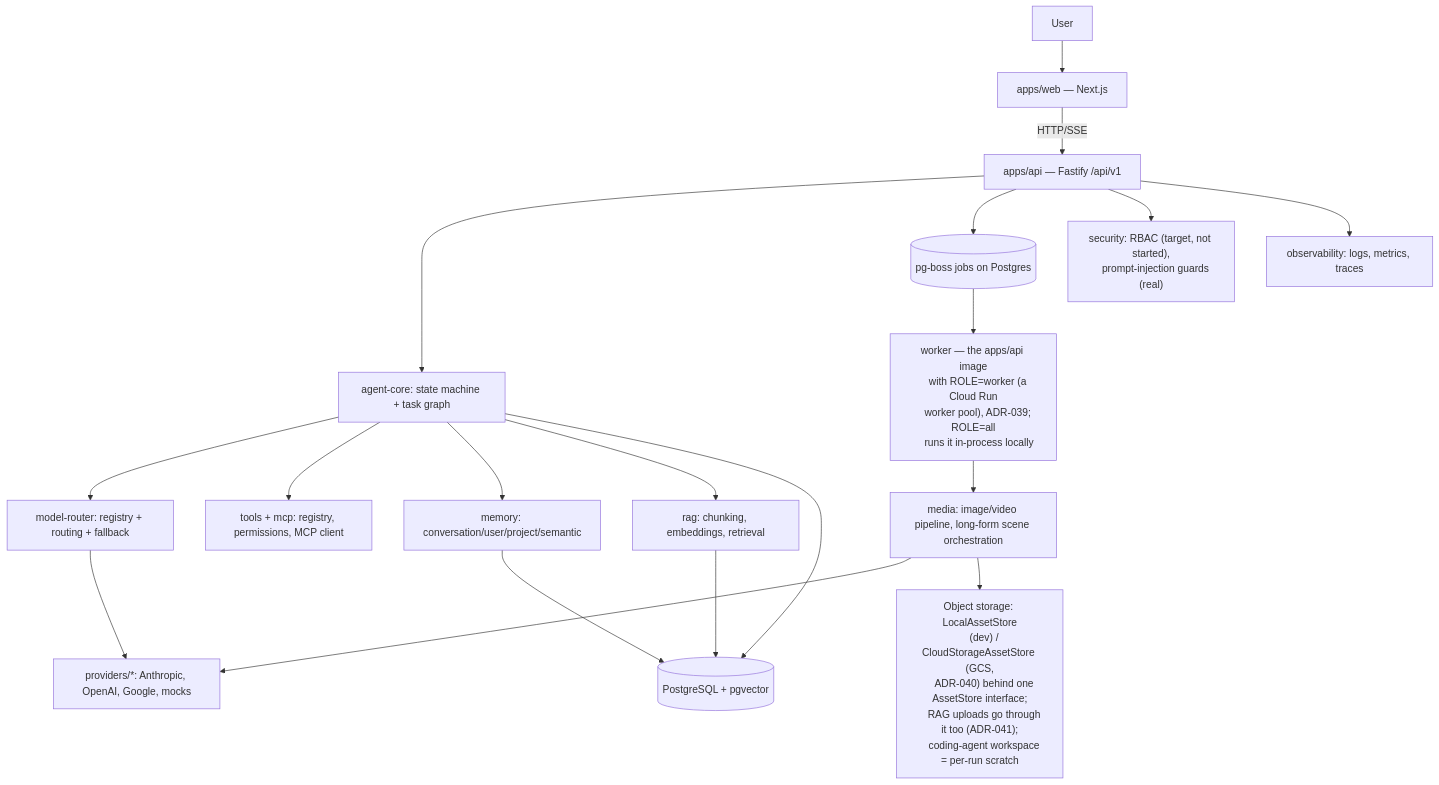
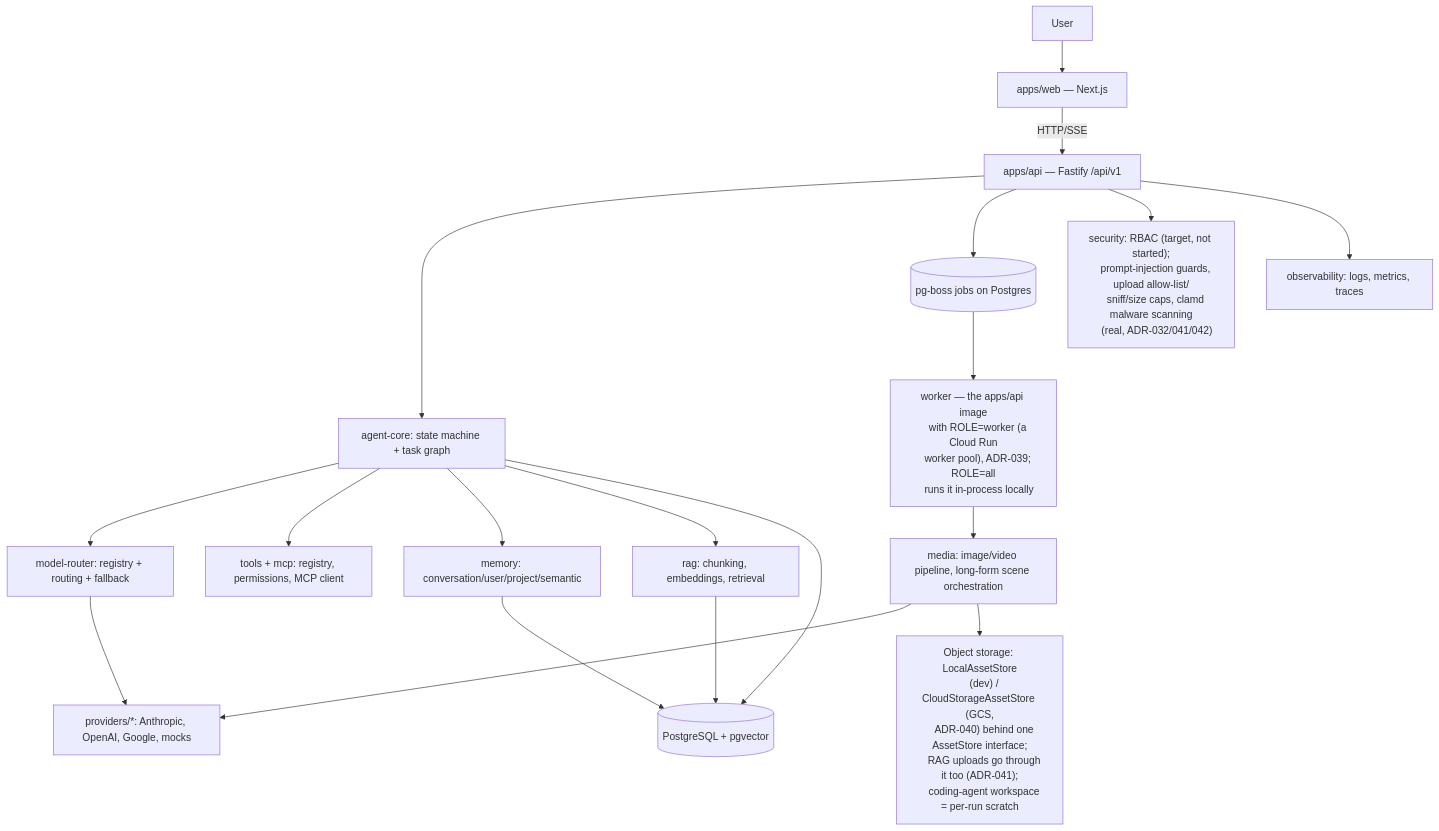
The diagram in docs/30_FINAL_SYSTEM_SPEC.md (zolex12770/Smart-AI-Module), drawn with Mermaid before and after one commit. The commit also changed 46 other files, not shown here.

````diff
--- a/docs/30_FINAL_SYSTEM_SPEC.md
+++ b/docs/30_FINAL_SYSTEM_SPEC.md
@@ -11,29 +11,31 @@
 ```mermaid
 flowchart TD
   user[User] --> web[apps/web — Next.js]
   web -->|HTTP/SSE| api[apps/api — Fastify /api/v1]
   api --> agentcore[agent-core: state machine + task graph]
   agentcore --> router[model-router: registry + routing + fallback]
   router --> providers[providers/*: Anthropic, OpenAI, Google, mocks]
   agentcore --> tools[tools + mcp: registry, permissions, MCP client]
   agentcore --> memory[memory: conversation/user/project/semantic]
   agentcore --> rag[rag: chunking, embeddings, retrieval]
   api --> jobs[(pg-boss jobs on Postgres)]
   jobs --> worker["worker — the apps/api image
     with ROLE=worker (a Cloud Run
     worker pool), ADR-039; ROLE=all
     runs it in-process locally"]
   worker --> media[media: image/video pipeline, long-form scene orchestration]
   media --> providers
   memory --> db[(PostgreSQL + pgvector)]
   rag --> db
   agentcore --> db
   media --> storage["Object storage: LocalAssetStore
     (dev) / CloudStorageAssetStore (GCS,
     ADR-040) behind one AssetStore interface;
     RAG uploads go through it too (ADR-041);
     coding-agent workspace = per-run scratch"]
-  api --> security["security: RBAC (target, not started),
-    prompt-injection guards (real)"]
+  api --> security["security: RBAC (target, not started);
+    prompt-injection guards, upload allow-list/
+    sniff/size caps, clamd malware scanning
+    (real, ADR-032/041/042)"]
   api --> observability[observability: logs, metrics, traces]
 ```
````
